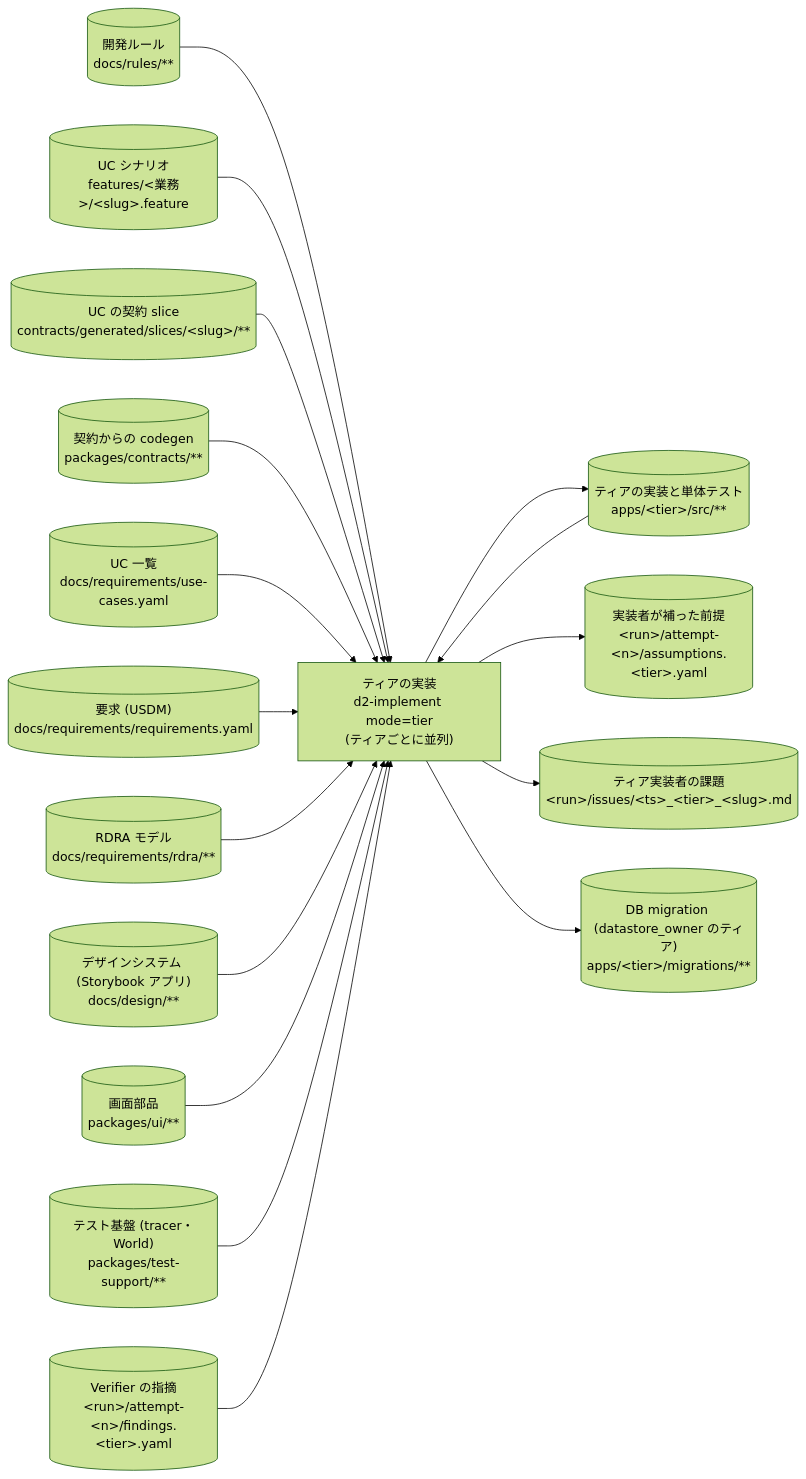
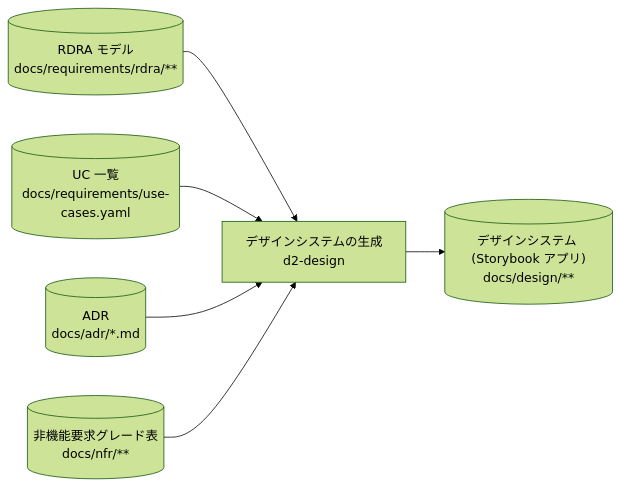
The tenth of 40 diagrams in plugins/distillery2/skills/d2-common/references/dataflow.md (suwa-sh/suwa-sh-claude-plugins), drawn with Mermaid (forest theme) before and after one commit. The commit also changed other lines of this file and 6 other files, not shown here.

First line of the commit message:
feat(distillery2): DFD の図を段階・処理ごとに分けて読める大きさにする (0.1.21)

````diff
--- a/plugins/distillery2/skills/d2-common/references/dataflow.md
+++ b/plugins/distillery2/skills/d2-common/references/dataflow.md
@@ -507,35 +272,14 @@
 ```mermaid
 flowchart LR
-  s_req_usdm[("要求 (USDM)<br/>docs/requirements/requirements.yaml")]
+  p_design["デザインシステムの生成<br/>d2-design"]
   s_req_rdra[("RDRA モデル<br/>docs/requirements/rdra/**")]
   s_use_cases[("UC 一覧<br/>docs/requirements/use-cases.yaml")]
-  s_rules[("開発ルール<br/>docs/rules/**")]
-  s_test_support[("テスト基盤 (tracer・World)<br/>packages/test-support/**")]
-  s_contract_slice[("UC の契約 slice<br/>contracts/generated/slices/#lt;slug#gt;/**")]
-  s_migrations[("DB migration (datastore_owner のティア)<br/>apps/#lt;tier#gt;/migrations/**")]
-  s_contracts_code[("契約からの codegen<br/>packages/contracts/**")]
+  s_adr[("ADR<br/>docs/adr/*.md")]
+  s_nfr[("非機能要求グレード表<br/>docs/nfr/**")]
   s_design[("デザインシステム (Storybook アプリ)<br/>docs/design/**")]
-  s_ui[("画面部品<br/>packages/ui/**")]
-  s_feature[("UC シナリオ<br/>features/#lt;業務#gt;/#lt;slug#gt;.feature")]
-  s_tier_src[("ティアの実装と単体テスト<br/>apps/#lt;tier#gt;/src/**")]
-  s_assumptions[("実装者が補った前提<br/>#lt;run#gt;/attempt-#lt;n#gt;/assumptions.#lt;tier#gt;.yaml")]
-  s_findings[("Verifier の指摘<br/>#lt;run#gt;/attempt-#lt;n#gt;/findings.#lt;tier#gt;.yaml")]
-  s_issues_tier[("ティア実装者の課題<br/>#lt;run#gt;/issues/#lt;ts#gt;_#lt;tier#gt;_#lt;slug#gt;.md")]
-  p_implement_tier["ティアの実装<br/>d2-implement mode=tier<br/>(ティアごとに並列)"]
-  s_rules --> p_implement_tier
-  s_feature --> p_implement_tier
-  s_contract_slice --> p_implement_tier
-  s_contracts_code --> p_implement_tier
-  s_use_cases --> p_implement_tier
-  s_req_usdm --> p_implement_tier
-  s_req_rdra --> p_implement_tier
-  s_design --> p_implement_tier
-  s_ui --> p_implement_tier
-  s_tier_src --> p_implement_tier
-  s_test_support --> p_implement_tier
-  s_findings --> p_implement_tier
-  p_implement_tier --> s_tier_src
-  p_implement_tier --> s_assumptions
-  p_implement_tier --> s_issues_tier
-  p_implement_tier --> s_migrations
+  s_req_rdra --> p_design
+  s_use_cases --> p_design
+  s_adr --> p_design
+  s_nfr --> p_design
+  p_design --> s_design
 ```
````
